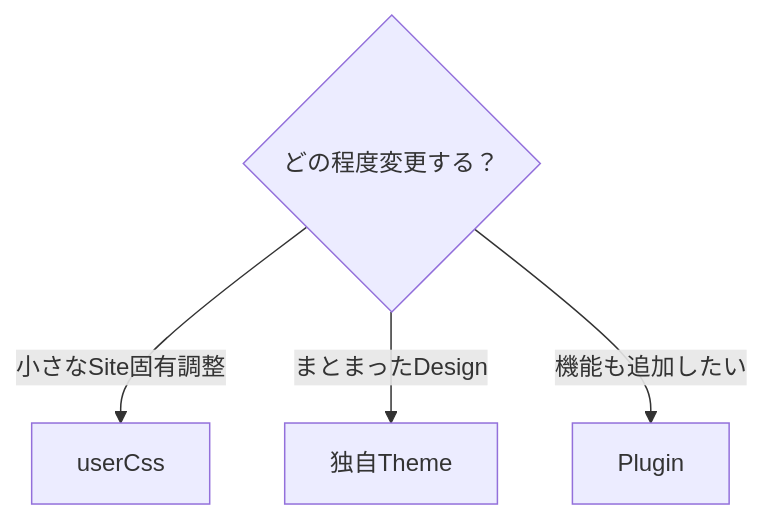
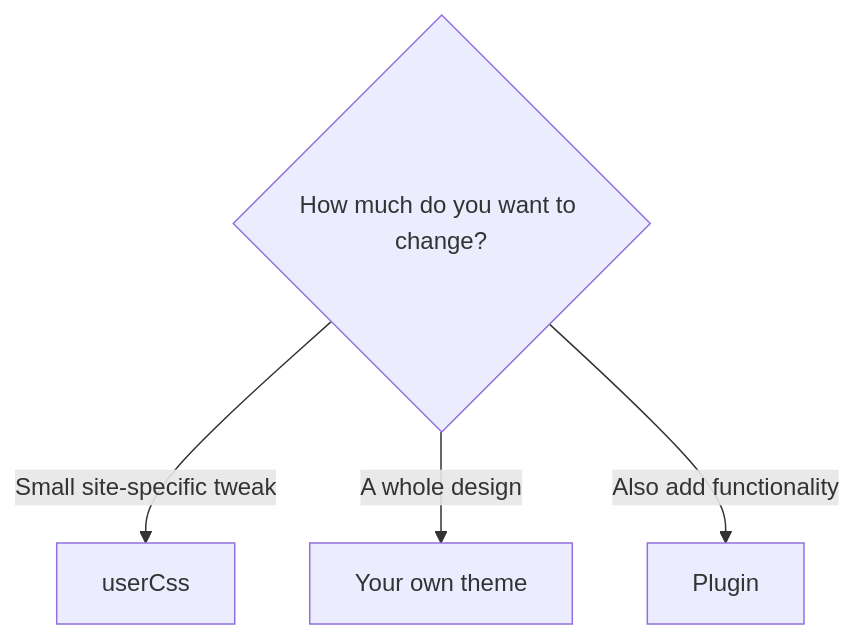
The second of 6 diagrams in docs/docs/themes/writing-a-theme.md (Rerurate514/riebeckite), drawn with Mermaid before and after one commit. The commit also changed other lines of this file and 604 other files, not shown here.

````diff
--- a/docs/docs/themes/writing-a-theme.md
+++ b/docs/docs/themes/writing-a-theme.md
@@ -73,8 +49,8 @@
-```mermaid id="dq1mge"
+```mermaid
 flowchart TD
-    Change{"どの程度変更する？"}
+    Change{"How much do you want to change?"}
 
-    Change -->|"小さなSite固有調整"| UserCss["userCss"]
-    Change -->|"まとまったDesign"| Theme["独自Theme"]
-    Change -->|"機能も追加したい"| Plugin["Plugin"]
+    Change -->|"Small site-specific tweak"| UserCss["userCss"]
+    Change -->|"A whole design"| Theme["Your own theme"]
+    Change -->|"Also add functionality"| Plugin["Plugin"]
 ```
````
